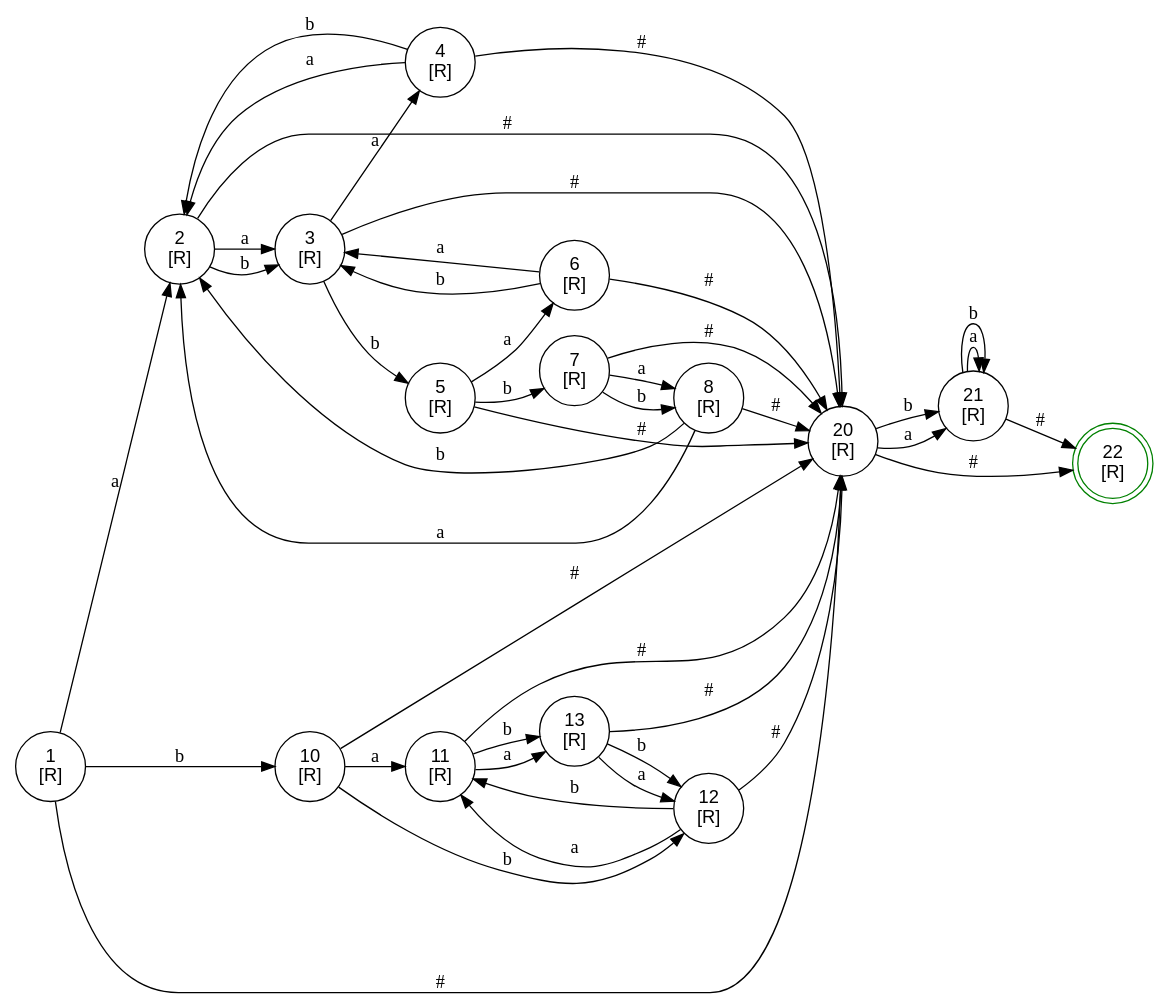
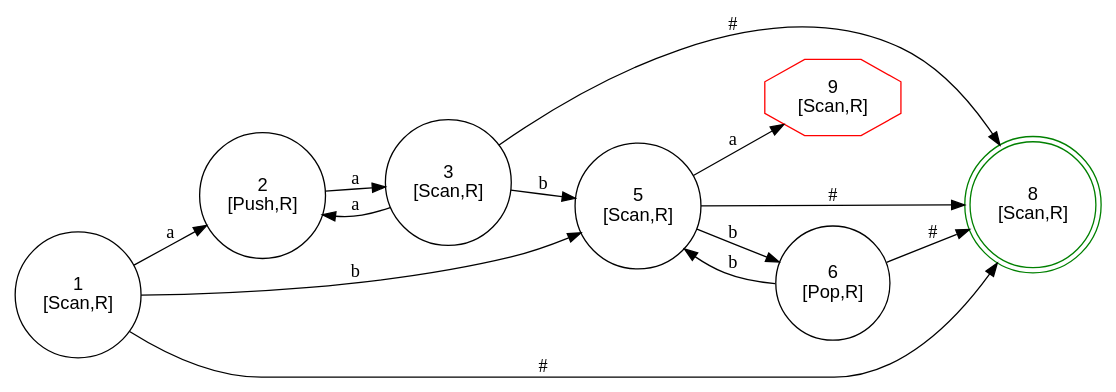
One commit to kokobabe99/turing_point changed the diagram in dots/pda.dot. Above: the diagram before and after it, drawn with Graphviz. The commit also changed 11 other files, not shown here.

```diff
--- a/dots/pda.dot
+++ b/dots/pda.dot
@@ -1,60 +1,22 @@
 digraph FSM {
   rankdir=LR; node [shape=circle, fontname="Arial"];
-  1 [label="1\n[R]", shape=circle];
+  1 [label="1\n[Scan,R]", shape=circle];
   1 -> 2 [label="a"];
-  1 -> 10 [label="b"];
-  1 -> 20 [label="#"];
-  2 [label="2\n[R]", shape=circle];
+  1 -> 5 [label="b"];
+  1 -> 8 [label="#"];
+  2 [label="2\n[Push,R]", shape=circle];
   2 -> 3 [label="a"];
-  2 -> 3 [label="b"];
-  2 -> 20 [label="#"];
-  3 [label="3\n[R]", shape=circle];
+  3 [label="3\n[Scan,R]", shape=circle];
+  3 -> 2 [label="a"];
   3 -> 5 [label="b"];
-  3 -> 20 [label="#"];
-  3 -> 4 [label="a"];
-  4 [label="4\n[R]", shape=circle];
-  4 -> 2 [label="a"];
-  4 -> 2 [label="b"];
-  4 -> 20 [label="#"];
-  5 [label="5\n[R]", shape=circle];
-  5 -> 6 [label="a"];
-  5 -> 7 [label="b"];
-  5 -> 20 [label="#"];
-  6 [label="6\n[R]", shape=circle];
-  6 -> 3 [label="a"];
-  6 -> 3 [label="b"];
-  6 -> 20 [label="#"];
-  7 [label="7\n[R]", shape=circle];
-  7 -> 8 [label="a"];
-  7 -> 8 [label="b"];
-  7 -> 20 [label="#"];
-  8 [label="8\n[R]", shape=circle];
-  8 -> 2 [label="b"];
-  8 -> 20 [label="#"];
-  8 -> 2 [label="a"];
-  10 [label="10\n[R]", shape=circle];
-  10 -> 11 [label="a"];
-  10 -> 12 [label="b"];
-  10 -> 20 [label="#"];
-  11 [label="11\n[R]", shape=circle];
-  11 -> 13 [label="a"];
-  11 -> 13 [label="b"];
-  11 -> 20 [label="#"];
-  12 [label="12\n[R]", shape=circle];
-  12 -> 11 [label="a"];
-  12 -> 11 [label="b"];
-  12 -> 20 [label="#"];
-  13 [label="13\n[R]", shape=circle];
-  13 -> 12 [label="a"];
-  13 -> 12 [label="b"];
-  13 -> 20 [label="#"];
-  20 [label="20\n[R]", shape=circle];
-  20 -> 21 [label="b"];
-  20 -> 22 [label="#"];
-  20 -> 21 [label="a"];
-  21 [label="21\n[R]", shape=circle];
-  21 -> 21 [label="a"];
-  21 -> 21 [label="b"];
-  21 -> 22 [label="#"];
-  22 [label="22\n[R]", shape=doublecircle, color="green"];
+  3 -> 8 [label="#"];
+  5 [label="5\n[Scan,R]", shape=circle];
+  5 -> 6 [label="b"];
+  5 -> 9 [label="a"];
+  5 -> 8 [label="#"];
+  6 [label="6\n[Pop,R]", shape=circle];
+  6 -> 5 [label="b"];
+  6 -> 8 [label="#"];
+  8 [label="8\n[Scan,R]", shape=doublecircle, color="green"];
+  9 [label="9\n[Scan,R]", shape=octagon, color="red"];
 }
```
